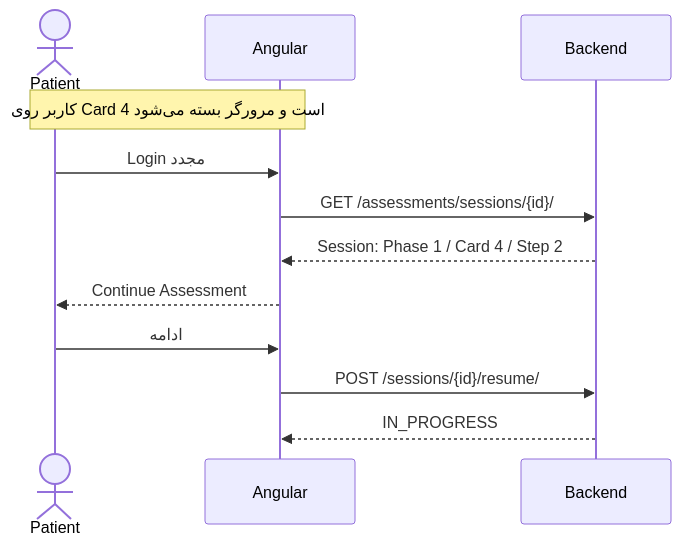
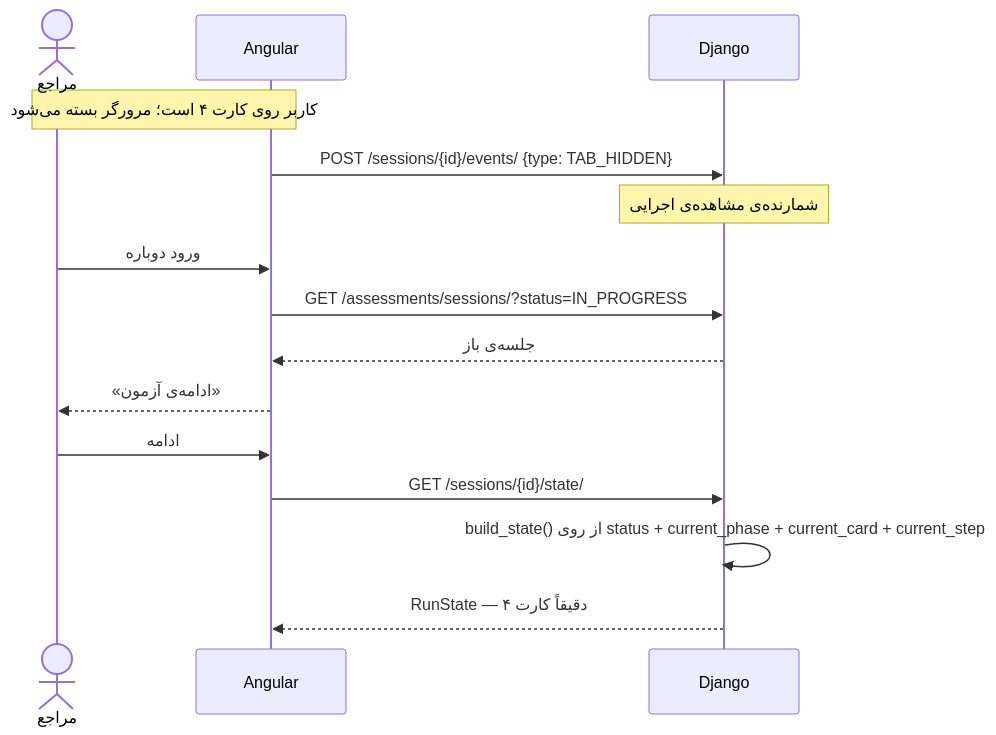
One commit to elmkhah/rorschach changed the fifth of 13 diagrams in documentation/05-sequence-diagrams.md. Above: the diagram before and after it, drawn with Mermaid. The commit also changed other lines of this file and 23 other files, not shown here.

````diff
--- a/documentation/05-sequence-diagrams.md
+++ b/documentation/05-sequence-diagrams.md
@@ -129,15 +154,19 @@
 ```mermaid
 sequenceDiagram
-    actor P as Patient
+    actor P as مراجع
     participant FE as Angular
-    participant BE as Backend
+    participant BE as Django
 
-    Note over P,FE: کاربر روی Card 4 است و مرورگر بسته می‌شود
-    P->>FE: Login مجدد
-    FE->>BE: GET /assessments/sessions/{id}/
-    BE-->>FE: Session: Phase 1 / Card 4 / Step 2
-    FE-->>P: Continue Assessment
+    Note over P,FE: کاربر روی کارت ۴ است؛ مرورگر بسته می‌شود
+    FE->>BE: POST /sessions/{id}/events/ {type: TAB_HIDDEN}
+    Note over BE: شمارنده‌ی مشاهده‌ی اجرایی
+
+    P->>FE: ورود دوباره
+    FE->>BE: GET /assessments/sessions/?status=IN_PROGRESS
+    BE-->>FE: جلسه‌ی باز
+    FE-->>P: «ادامه‌ی آزمون»
     P->>FE: ادامه
-    FE->>BE: POST /sessions/{id}/resume/
-    BE-->>FE: IN_PROGRESS
+    FE->>BE: GET /sessions/{id}/state/
+    BE->>BE: build_state() از روی status + current_phase + current_card + current_step
+    BE-->>FE: RunState — دقیقاً کارت ۴
 ```
````
